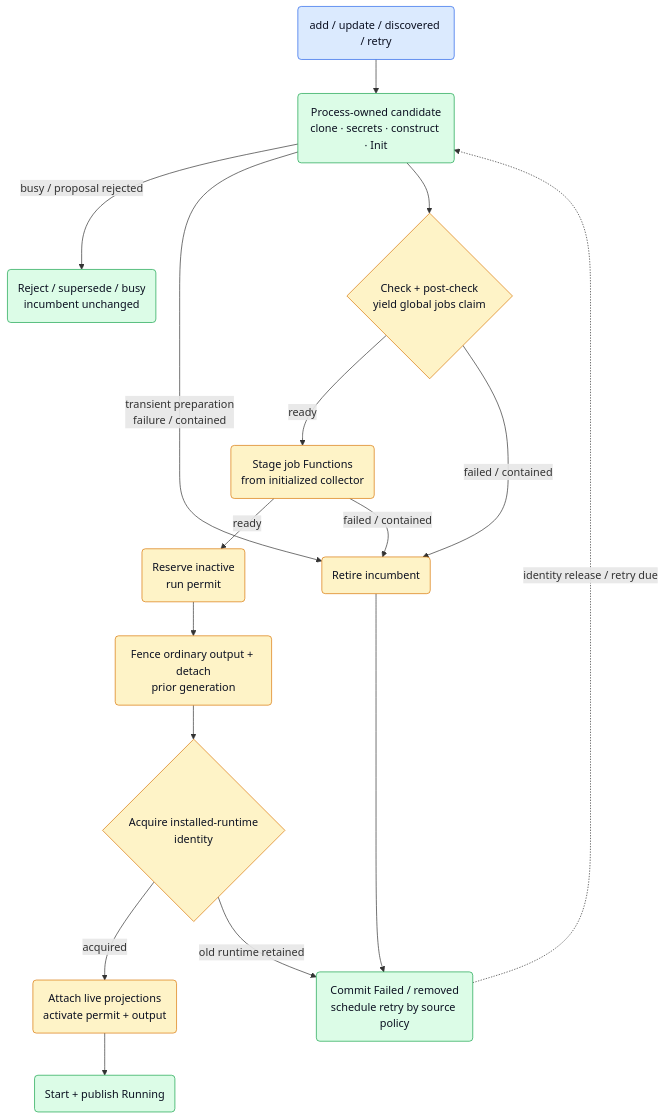
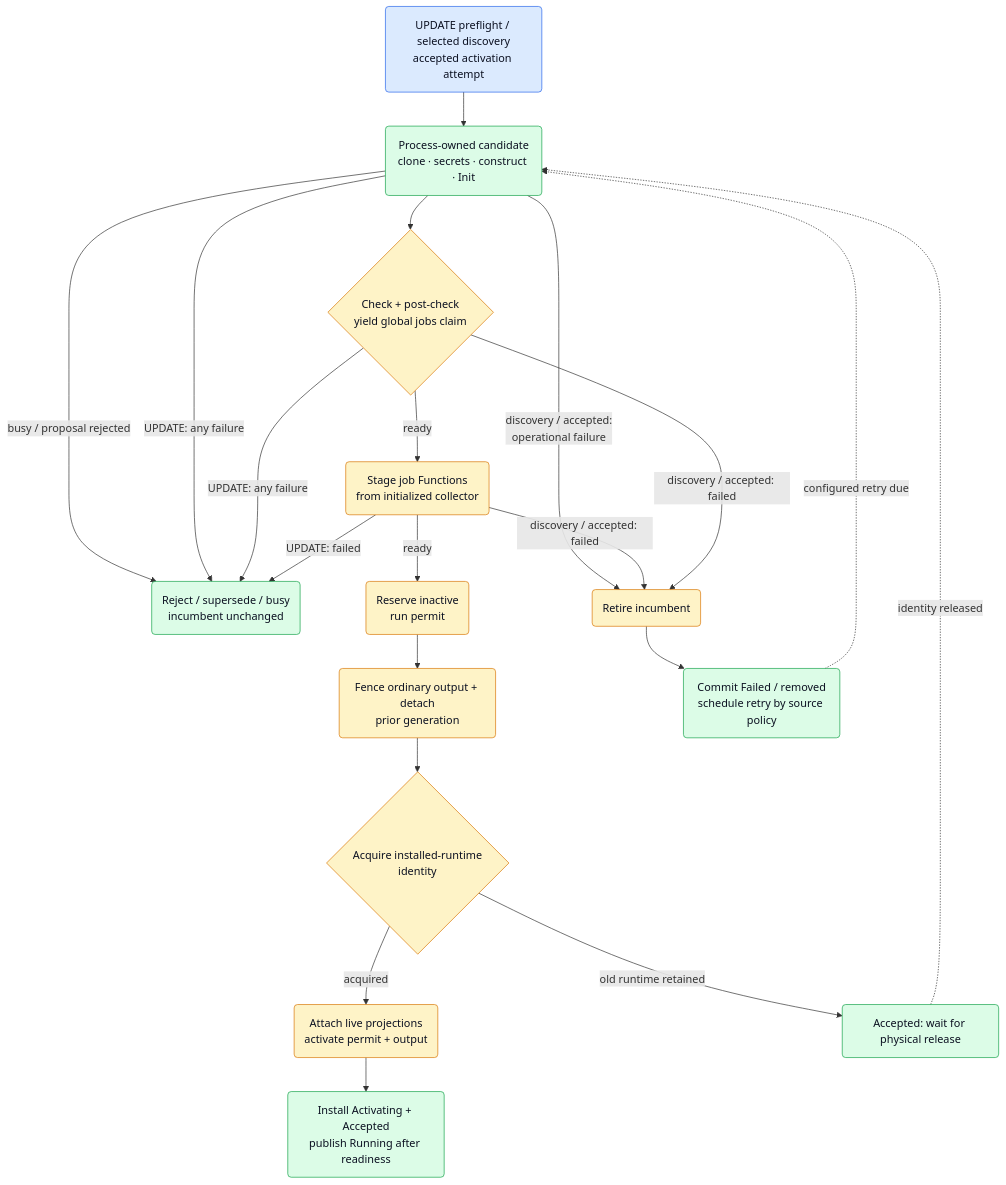
The sixth of 11 diagrams in src/go/plugin/agent/jobmgr/ARCHITECTURE.md (netdata/netdata), drawn with Mermaid before and after one commit. The commit also changed other lines of this file and 98 other files, not shown here.

Commit message:
fix(go.d/jobmgr): separate DynCfg acceptance from runtime activation (#24011)

````diff
--- a/src/go/plugin/agent/jobmgr/ARCHITECTURE.md
+++ b/src/go/plugin/agent/jobmgr/ARCHITECTURE.md
@@ -533,34 +538,39 @@
 ```mermaid
 flowchart TD
-    Cmd("add / update / discovered / retry")
+    Cmd("UPDATE preflight / selected discovery<br/>accepted activation attempt")
     Stage("Process-owned candidate<br/>clone · secrets · construct · Init")
     AutoD{"Check + post-check<br/>yield global jobs claim"}
     Functions("Stage job Functions<br/>from initialized collector")
     Keep("Reject / supersede / busy<br/>incumbent unchanged")
     Reserve("Reserve inactive<br/>run permit")
     Retire("Fence ordinary output + detach<br/>prior generation")
     Promote{"Acquire installed-runtime<br/>identity"}
     Attach("Attach live projections<br/>activate permit + output")
-    Live("Start + publish Running")
+    Live("Install Activating + Accepted<br/>publish Running after readiness")
+    Wait("Accepted: wait for physical release")
     RetireFailed("Retire incumbent")
     Fail("Commit Failed / removed<br/>schedule retry by source policy")
 
     Cmd --> Stage
     Stage -->|"busy / proposal rejected"| Keep
-    Stage -->|"transient preparation<br/>failure / contained"| RetireFailed
+    Stage -->|"UPDATE: any failure"| Keep
+    Stage -->|"discovery / accepted:<br/>operational failure"| RetireFailed
     Stage --> AutoD
+    AutoD -->|"UPDATE: any failure"| Keep
     AutoD -->|"ready"| Functions
     Functions -->|"ready"| Reserve --> Retire --> Promote
-    Functions -->|"failed / contained"| RetireFailed
+    Functions -->|"UPDATE: failed"| Keep
+    Functions -->|"discovery / accepted: failed"| RetireFailed
     Promote -->|"acquired"| Attach --> Live
-    AutoD -->|"failed / contained"| RetireFailed --> Fail
-    Promote -->|"old runtime retained"| Fail
-    Fail -. "identity release / retry due" .-> Stage
+    AutoD -->|"discovery / accepted: failed"| RetireFailed --> Fail
+    Promote -->|"old runtime retained"| Wait
+    Wait -. "identity released" .-> Stage
+    Fail -. "configured retry due" .-> Stage
 
     classDef ext fill:#dbeafe,stroke:#2563eb,color:#0b1021;
     classDef core fill:#fef3c7,stroke:#d97706,color:#0b1021;
     classDef job fill:#dcfce7,stroke:#16a34a,color:#0b1021;
     class Cmd ext;
     class AutoD,Functions,Reserve,Retire,RetireFailed,Promote,Attach core;
-    class Stage,Keep,Live,Fail job;
+    class Stage,Keep,Live,Wait,Fail job;
 ```
````
